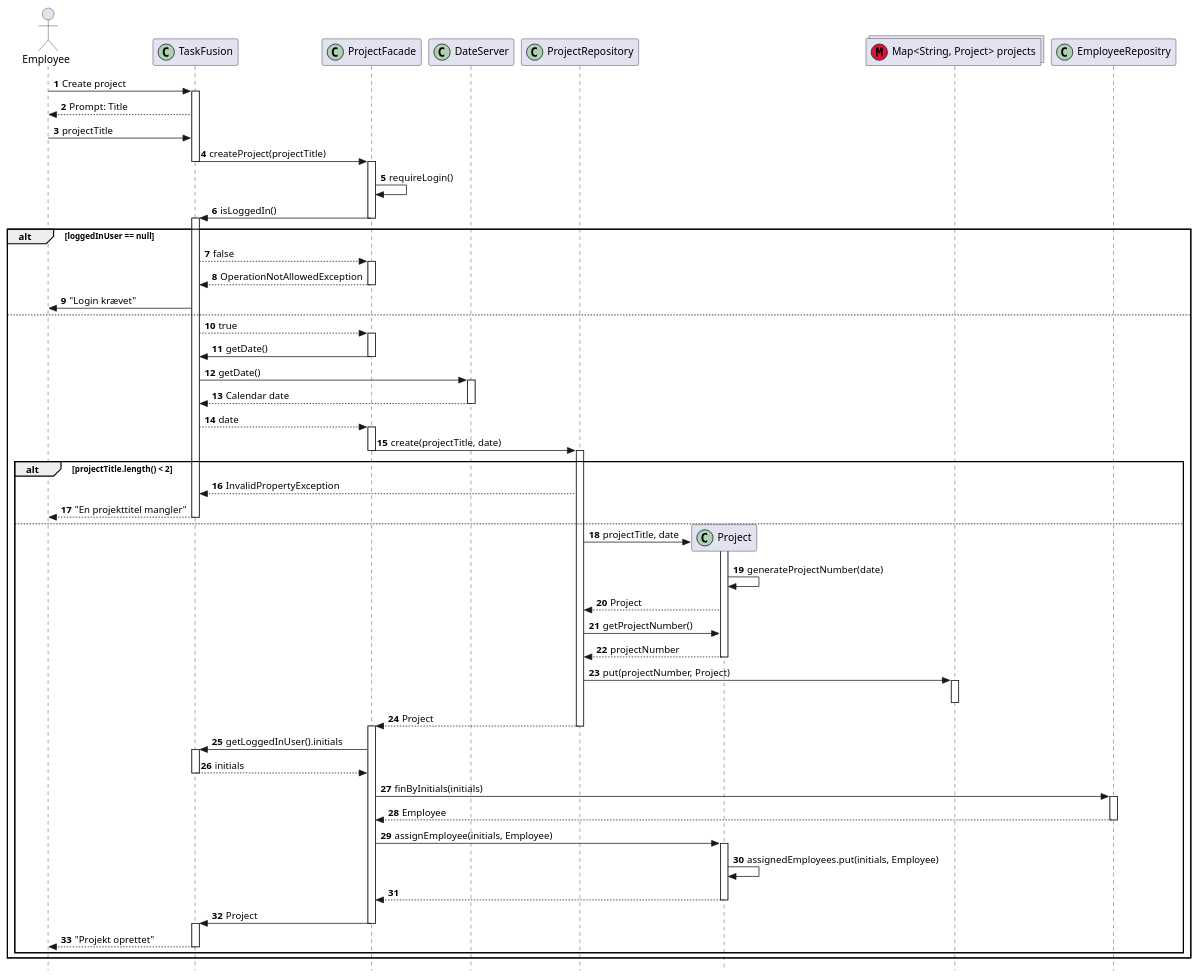
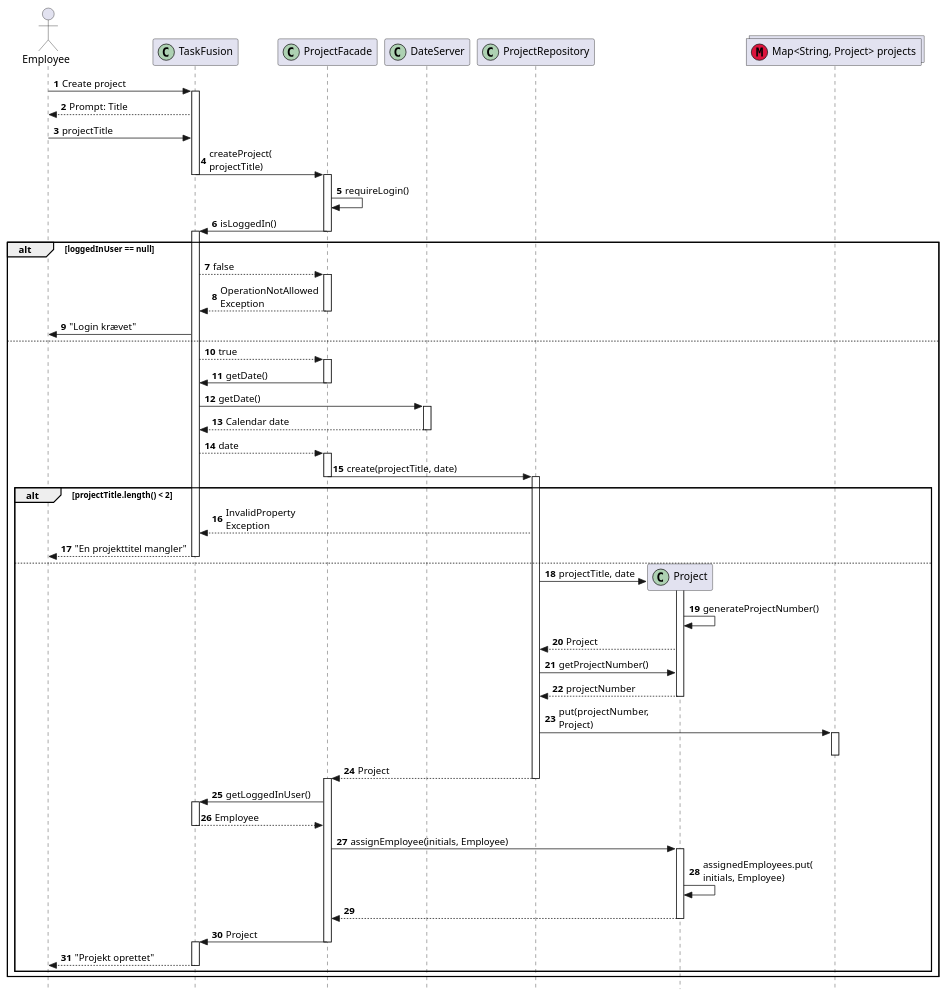
The diagram in RequirementsAndDesign/SequenceDiagrams/createProject.puml (rwiuff/02161ExamProject), drawn with PlantUML before and after one commit. The commit also changed 23 other files, not shown here.

```diff
--- a/RequirementsAndDesign/SequenceDiagrams/createProject.puml
+++ b/RequirementsAndDesign/SequenceDiagrams/createProject.puml
@@ -1,56 +1,54 @@
 @startuml seqCreateProject
 autonumber
 hide footbox
 skinparam style strictuml
 hide unlinked
 actor "Employee" as emp
 participant "TaskFusion" as app << (C,#ADD1B2) >>
 participant "ProjectFacade" as projectfacade << (C,#ADD1B2) >>
 participant "DateServer" as ds << (C,#ADD1B2) >>
 participant "ProjectRepository" as projectrepo << (C,#ADD1B2) >>
 participant "Project" as project << (C,#ADD1B2) >>
 collections "Map<String, Project> projects" as projects << (M,Crimson) >>
 participant "EmployeeRepositry" as emps << (C,#ADD1B2) >>
 
 emp -> app++: Create project
 app --> emp: Prompt: Title
 emp -> app--: projectTitle
-app -> projectfacade--++: createProject(projectTitle)
+app -> projectfacade--++: createProject(\nprojectTitle)
 projectfacade -> projectfacade: requireLogin()
 projectfacade -> app--++: isLoggedIn()
 alt loggedInUser == null
     app --> projectfacade++: false
-    projectfacade --> app--: OperationNotAllowedException
+    projectfacade --> app--: OperationNotAllowed\nException
     app -> emp: "Login krævet"
 else
     app --> projectfacade++: true
     projectfacade -> app--: getDate()
     app -> ds++: getDate()
     ds --> app--: Calendar date
     app --> projectfacade++: date
     projectfacade -> projectrepo--++: create(projectTitle, date)
     alt projectTitle.length() < 2
-        projectrepo --> app: InvalidPropertyException
+        projectrepo --> app: InvalidProperty\nException
         app --> emp--: "En projekttitel mangler"
     else
         projectrepo -> project**: projectTitle, date
         activate project
-        project -> project: generateProjectNumber(date)
+        project -> project: generateProjectNumber()
         project --> projectrepo: Project
         projectrepo -> project: getProjectNumber()
         project --> projectrepo--: projectNumber
-        projectrepo -> projects++: put(projectNumber, Project)
+        projectrepo -> projects++: put(projectNumber,\nProject)
         deactivate projects
         projectrepo --> projectfacade--++: Project
-        projectfacade -> app++: getLoggedInUser().initials
-        app --> projectfacade--: initials
-        projectfacade -> emps++: finByInitials(initials)
-        emps --> projectfacade--: Employee
+        projectfacade -> app++: getLoggedInUser()
+        app --> projectfacade--: Employee
         projectfacade -> project++: assignEmployee(initials, Employee)
-        project -> project: assignedEmployees.put(initials, Employee)
+        project -> project: assignedEmployees.put(\ninitials, Employee)
         project --> projectfacade--
         projectfacade -> app--++: Project
         app --> emp--: "Projekt oprettet"
     end
 end
 @enduml
```
